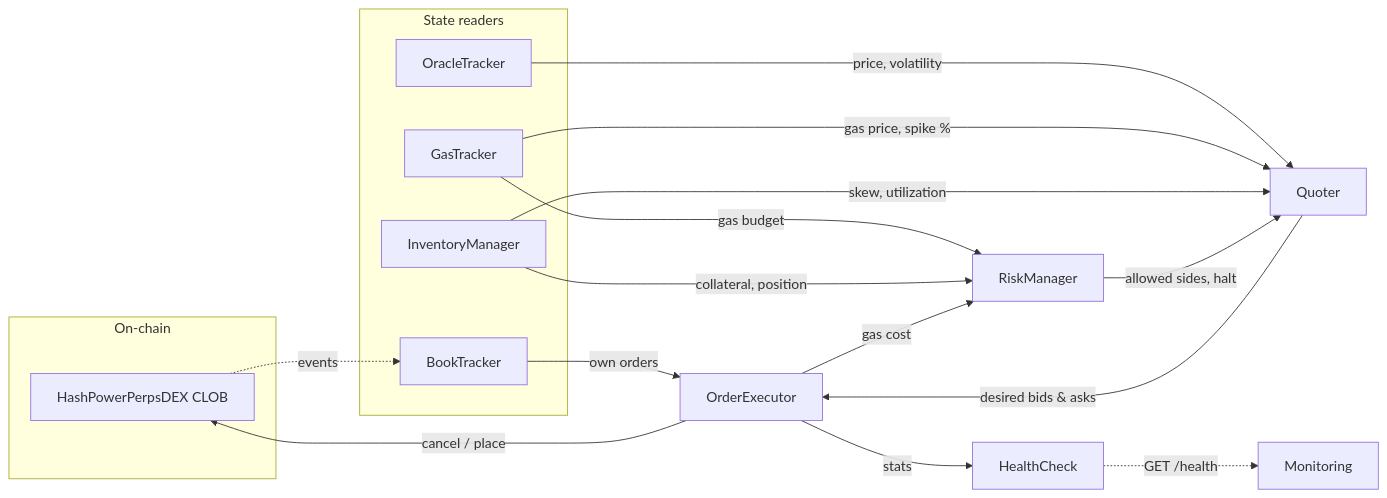
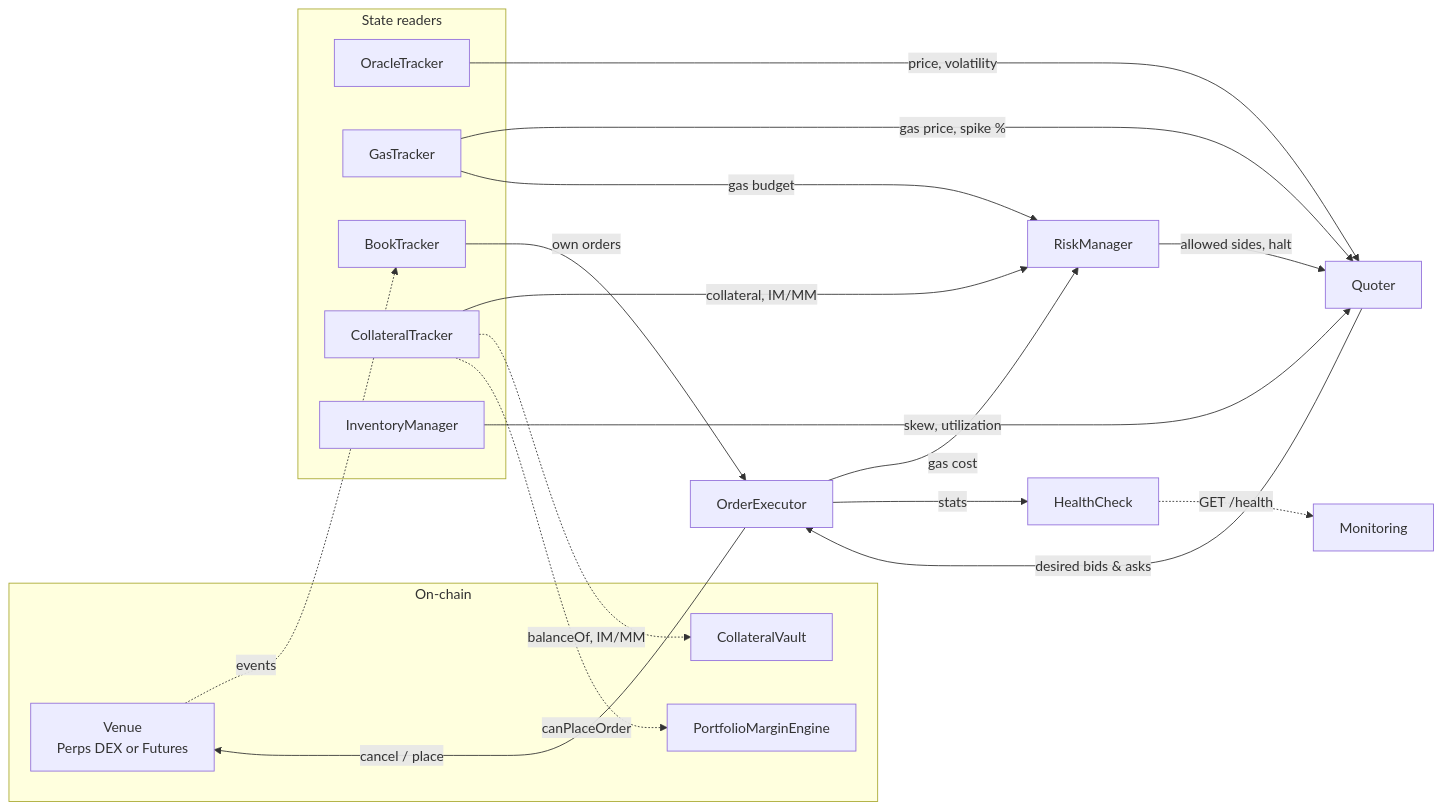
One commit to Lumerin-protocol/collateral-margin changed the diagram in market-maker/README.md. Above: the diagram before and after it, drawn with Mermaid. The commit also changed other lines of this file and 19 other files, not shown here.

````diff
--- a/market-maker/README.md
+++ b/market-maker/README.md
@@ -9,28 +20,33 @@
 ```mermaid
 graph LR
   subgraph On-chain
-    CLOB[HashPowerPerpsDEX CLOB]
+    V[Venue<br/>Perps DEX or Futures]
+    Vault[CollateralVault]
+    Engine[PortfolioMarginEngine]
   end
 
   subgraph State readers
     OT[OracleTracker]
     GT[GasTracker]
     BT[BookTracker]
+    CT[CollateralTracker]
     IM[InventoryManager]
   end
 
   OT -- price, volatility --> Q[Quoter]
   GT -- gas price, spike % --> Q
   IM -- skew, utilization --> Q
   GT -- gas budget --> RM[RiskManager]
-  IM -- collateral, position --> RM
+  CT -- collateral, IM/MM --> RM
   RM -- allowed sides, halt --> Q
   Q -- desired bids & asks --> OE[OrderExecutor]
-  OE -- cancel / place --> CLOB
+  OE -- cancel / place --> V
   BT -- own orders --> OE
-  CLOB -. events .-> BT
+  V -. events .-> BT
+  CT -. balanceOf, IM/MM .-> Vault
+  CT -. canPlaceOrder .-> Engine
   OE -- gas cost --> RM
   OE -- stats --> HC[HealthCheck]
 
   HC -. "GET /health" .-> Mon[Monitoring]
 ```
````
